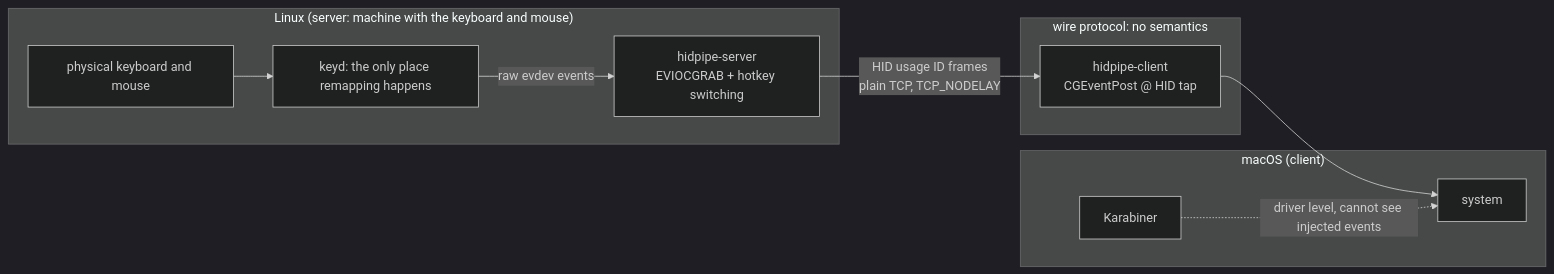
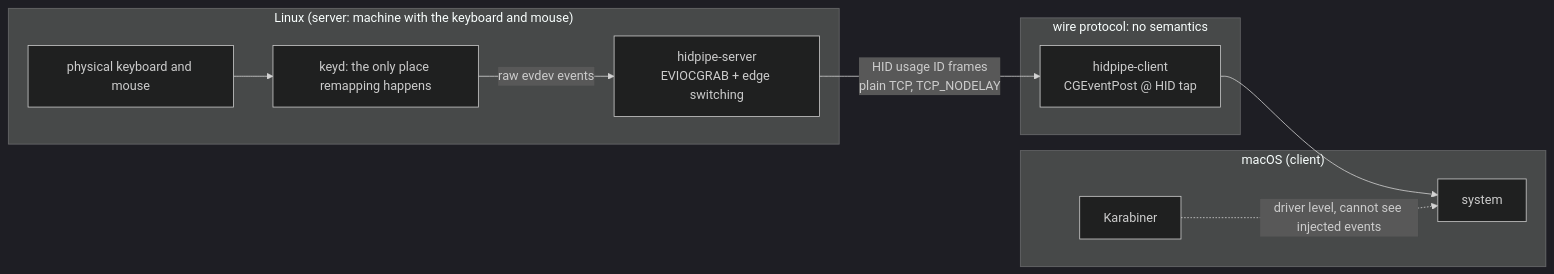
The diagram in README.md (woxQAQ/hidpipe), drawn with Mermaid (dark theme) before and after one commit. The commit also changed other lines of this file and 9 other files, not shown here.

````diff
--- a/README.md
+++ b/README.md
@@ -13,14 +13,14 @@
 ```mermaid
 flowchart LR
     subgraph Linux["Linux (server: machine with the keyboard and mouse)"]
         K[physical keyboard and mouse] --> KD[keyd: the only place remapping happens]
-        KD -->|raw evdev events| S[hidpipe-server<br/>EVIOCGRAB + hotkey switching]
+        KD -->|raw evdev events| S[hidpipe-server<br/>EVIOCGRAB + edge switching]
     end
     subgraph Wire["wire protocol: no semantics"]
         S -->|"HID usage ID frames<br/>plain TCP, TCP_NODELAY"| C
     end
     subgraph macOS["macOS (client)"]
         C[hidpipe-client<br/>CGEventPost @ HID tap] --> SYS[system]
         KB[Karabiner] -.->|driver level, cannot see injected events| SYS
     end
 ```
````
